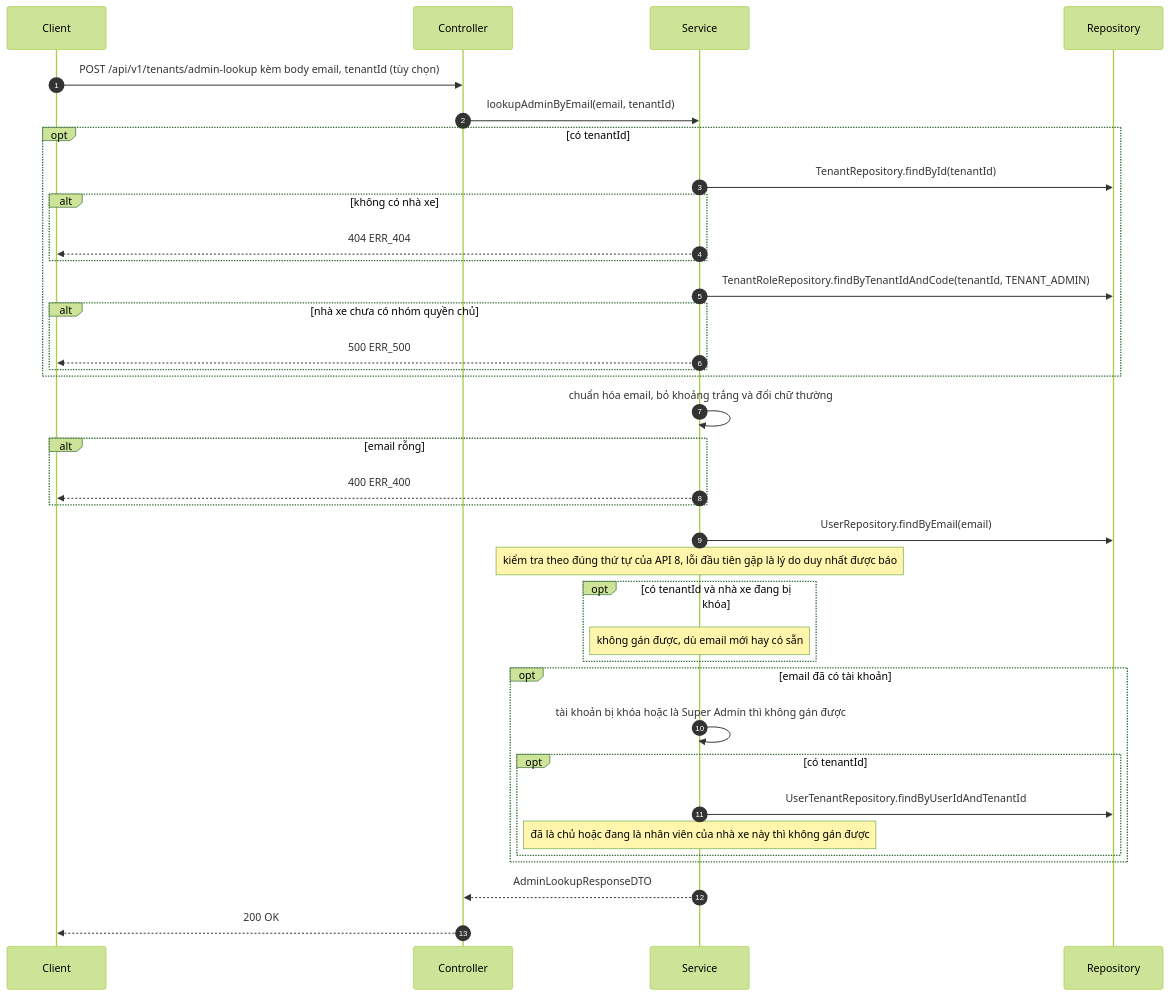
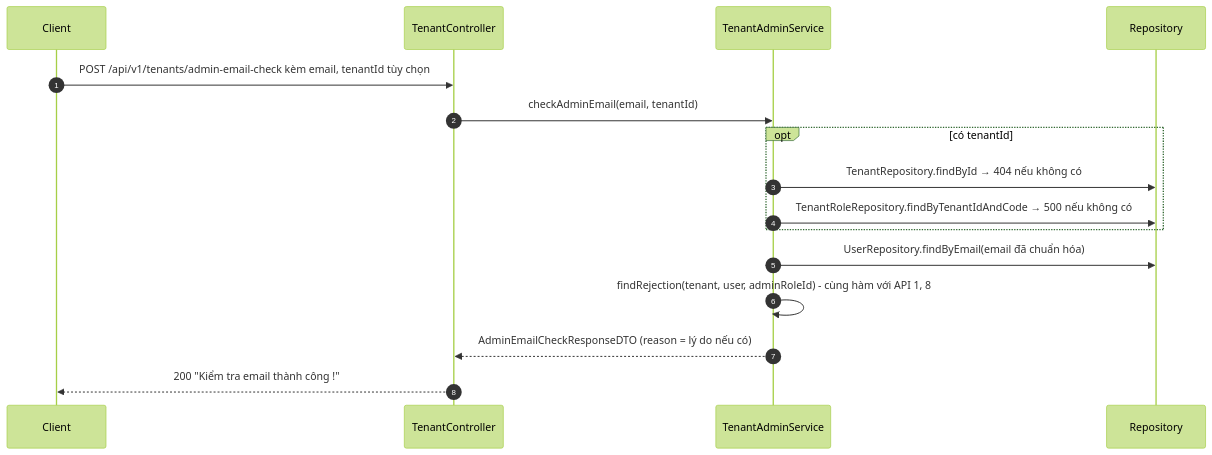
Before and after one commit to foodboi88/car-rental-saas: diagram 11 of 11 in docs/plans/tenant/2026-10-19-tenant-api-spec.md, drawn with Mermaid (forest theme). The commit also changed other lines of this file and 9 other files, not shown here.

First line of the commit message:
feature/huynq7: chặn admins null, bổ sung test tenant, đồng bộ tài liệu

````diff
--- a/docs/plans/tenant/2026-10-19-tenant-api-spec.md
+++ b/docs/plans/tenant/2026-10-19-tenant-api-spec.md
@@ -673,38 +646,18 @@
 ```mermaid
 sequenceDiagram
   autonumber
   participant C as Client
-  participant K as Controller
-  participant S as Service
+  participant K as TenantController
+  participant A as TenantAdminService
   participant R as Repository
-  C->>K: POST /api/v1/tenants/admin-lookup kèm body email, tenantId (tùy chọn)
-  K->>S: lookupAdminByEmail(email, tenantId)
+  C->>K: POST /api/v1/tenants/admin-email-check kèm email, tenantId tùy chọn
+  K->>A: checkAdminEmail(email, tenantId)
   opt có tenantId
-    S->>R: TenantRepository.findById(tenantId)
-    alt không có nhà xe
-      S-->>C: 404 ERR_404
-    end
-    S->>R: TenantRoleRepository.findByTenantIdAndCode(tenantId, TENANT_ADMIN)
-    alt nhà xe chưa có nhóm quyền chủ
-      S-->>C: 500 ERR_500
-    end
+    A->>R: TenantRepository.findById → 404 nếu không có
+    A->>R: TenantRoleRepository.findByTenantIdAndCode → 500 nếu không có
   end
-  S->>S: chuẩn hóa email, bỏ khoảng trắng và đổi chữ thường
-  alt email rỗng
-    S-->>C: 400 ERR_400
-  end
-  S->>R: UserRepository.findByEmail(email)
-  Note over S: kiểm tra theo đúng thứ tự của API 8, lỗi đầu tiên gặp là lý do duy nhất được báo
-  opt có tenantId và nhà xe đang bị khóa
-    Note over S: không gán được, dù email mới hay có sẵn
-  end
-  opt email đã có tài khoản
-    S->>S: tài khoản bị khóa hoặc là Super Admin thì không gán được
-    opt có tenantId
-      S->>R: UserTenantRepository.findByUserIdAndTenantId
-      Note over S: đã là chủ hoặc đang là nhân viên của nhà xe này thì không gán được
-    end
-  end
-  S-->>K: AdminLookupResponseDTO
-  K-->>C: 200 OK
+  A->>R: UserRepository.findByEmail(email đã chuẩn hóa)
+  A->>A: findRejection(tenant, user, adminRoleId) - cùng hàm với API 1, 8
+  A-->>K: AdminEmailCheckResponseDTO (reason = lý do nếu có)
+  K-->>C: 200 "Kiểm tra email thành công !"
 ```
````
